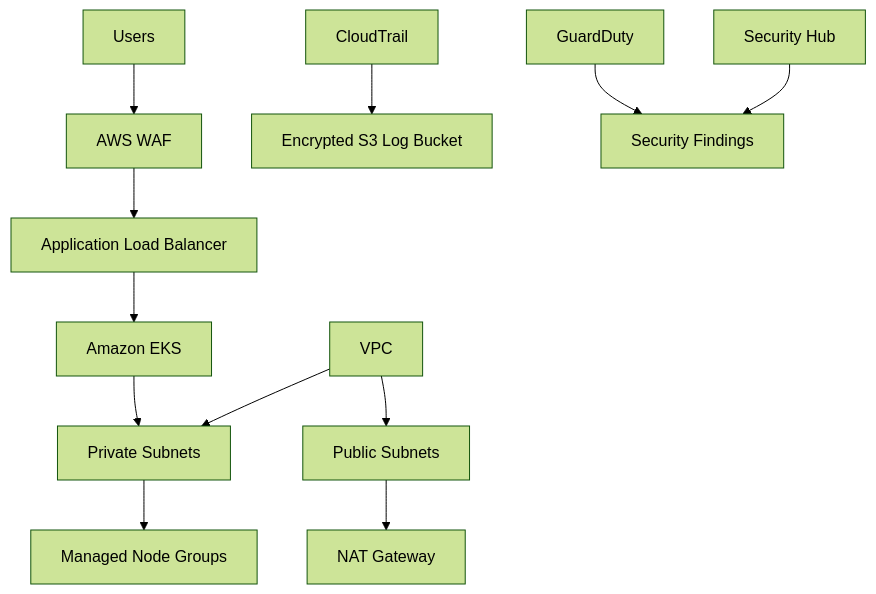
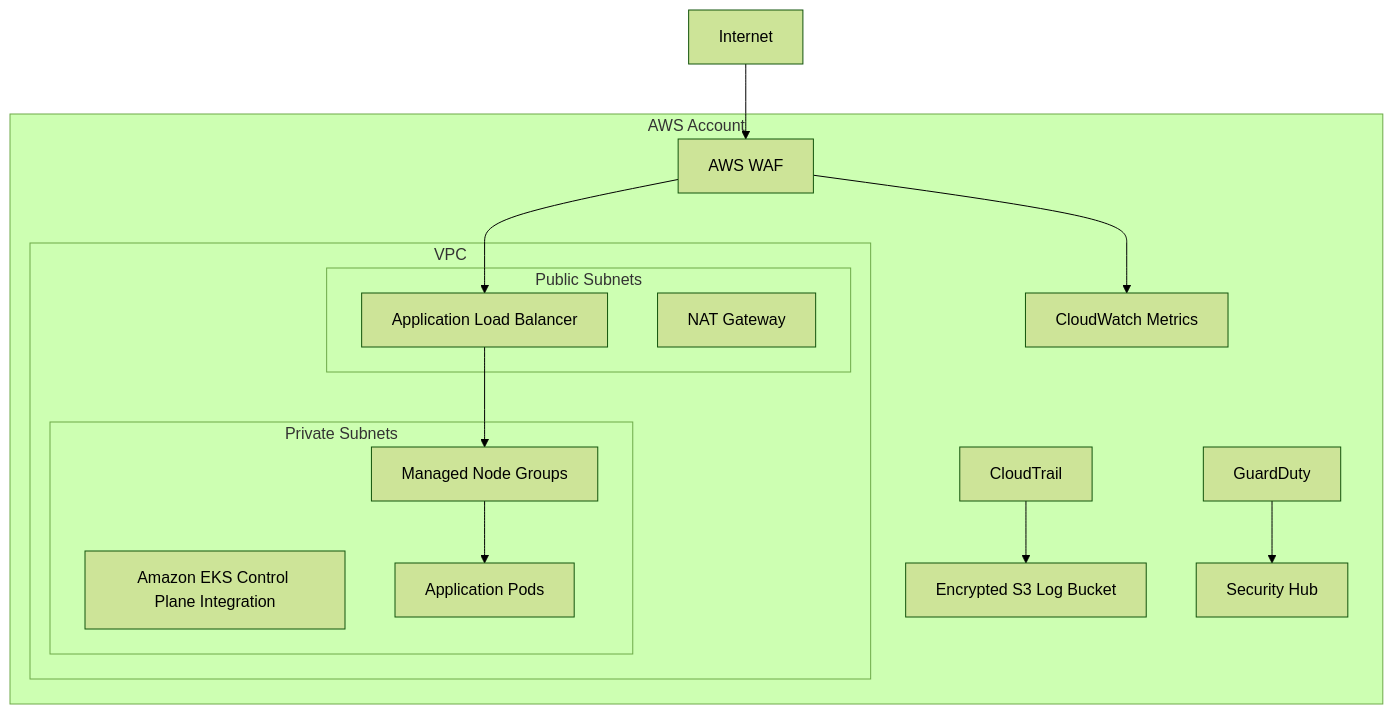
The eighth of 9 diagrams in docs/architecture.md (AssassinSaurabh/enterprise-devsecops-platform), drawn with Mermaid (forest theme) before and after one commit. The commit also changed other lines of this file and 8 other files, not shown here.

Commit message:
docs: publish professional platform architecture

````diff
--- a/docs/architecture.md
+++ b/docs/architecture.md
@@ -82,16 +196,27 @@
 ```mermaid
 flowchart TB
-  Users["Users"] --> WAF["AWS WAF"]
+  Internet["Internet"] --> WAF["AWS WAF"]
   WAF --> ALB["Application Load Balancer"]
-  ALB --> EKS["Amazon EKS"]
-  EKS --> PrivateSubnets["Private Subnets"]
-  PrivateSubnets --> Nodes["Managed Node Groups"]
 
-  VPC["VPC"] --> PublicSubnets["Public Subnets"]
-  VPC --> PrivateSubnets
-  PublicSubnets --> NAT["NAT Gateway"]
+  subgraph AWS["AWS Account"]
+    subgraph VPC["VPC"]
+      subgraph Public["Public Subnets"]
+        ALB
+        NAT["NAT Gateway"]
+      end
 
-  CloudTrail["CloudTrail"] --> S3["Encrypted S3 Log Bucket"]
-  GuardDuty["GuardDuty"] --> Findings["Security Findings"]
-  SecurityHub["Security Hub"] --> Findings
+      subgraph Private["Private Subnets"]
+        EKS["Amazon EKS Control Plane Integration"]
+        Nodes["Managed Node Groups"]
+        Pods["Application Pods"]
+      end
+    end
+
+    CloudTrail["CloudTrail"] --> S3["Encrypted S3 Log Bucket"]
+    GuardDuty["GuardDuty"] --> SecurityHub["Security Hub"]
+    WAF --> CloudWatch["CloudWatch Metrics"]
+  end
+
+  ALB --> Nodes
+  Nodes --> Pods
 ```
````
